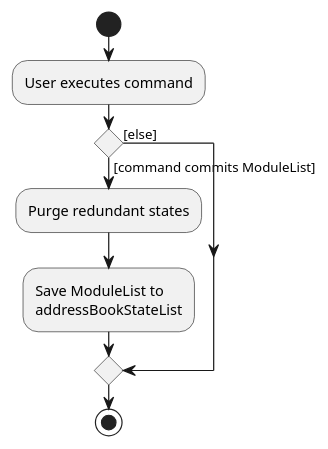
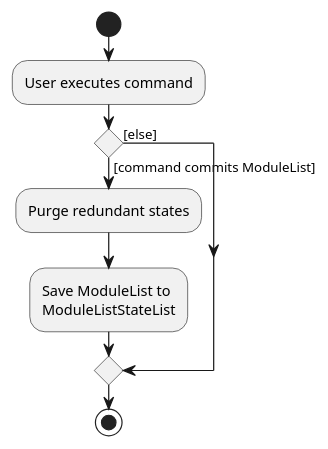
Before and after one commit to nus-cs2103-AY2223S1/tp: the diagram in docs/diagrams/CommitActivityDiagram.puml, drawn with PlantUML. The commit also changed 18 other files, not shown here.

Commit message:
Modify Developer Guide UML Docs, Use Cases and Architecture

```diff
--- a/docs/diagrams/CommitActivityDiagram.puml
+++ b/docs/diagrams/CommitActivityDiagram.puml
@@ -1,15 +1,15 @@
 @startuml
 start
 :User executes command;
 
 'Since the beta syntax does not support placing the condition outside the
 'diamond we place it as the true branch instead.
 
 if () then ([command commits ModuleList])
     :Purge redundant states;
     :Save ModuleList to
-    addressBookStateList;
+    ModuleListStateList;
 else ([else])
 endif
 stop
 @enduml
```
